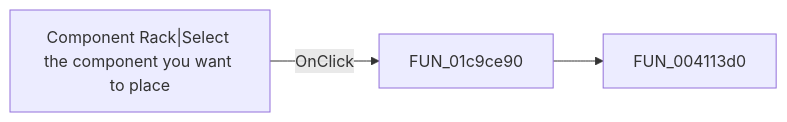
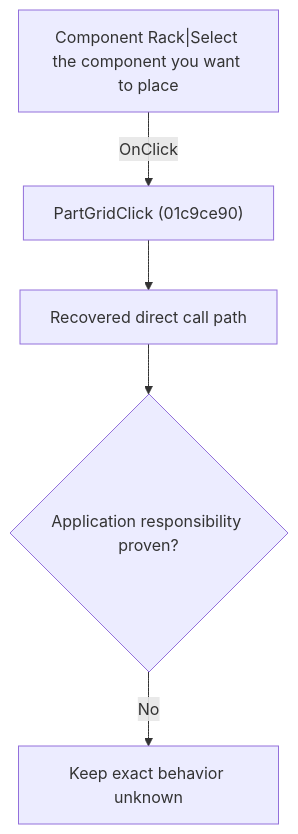
Before and after one commit to MovGP0/TIARA: the diagram in docs/ui-controls/schematiceditor/partgrid-15242ec93a.md, drawn with Mermaid. The commit also changed other lines of this file and 1062 other files, not shown here.

````diff
--- a/docs/ui-controls/schematiceditor/partgrid-15242ec93a.md
+++ b/docs/ui-controls/schematiceditor/partgrid-15242ec93a.md
@@ -27,5 +27,7 @@
 ```mermaid
-flowchart LR
-    control["Component Rack|Select the component you want to place"] -->|OnClick| handler["FUN_01c9ce90"]
-    handler --> call1["FUN_004113d0"]
+flowchart TD
+    control["Component Rack|Select the component you want to place"] -->|"OnClick"| handler["PartGridClick (01c9ce90)"]
+    handler --> recovered["Recovered direct call path"]
+    recovered --> gap{"Application responsibility proven?"}
+    gap -->|"No"| blocked["Keep exact behavior unknown"]
 ```
````
